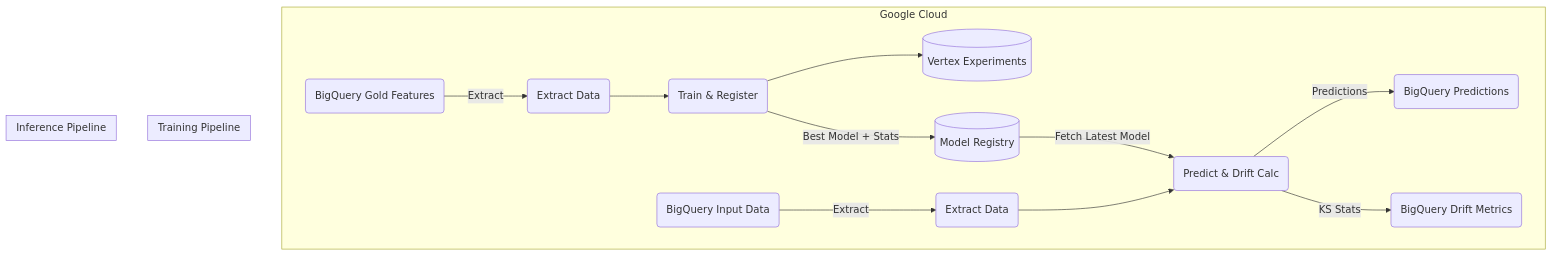
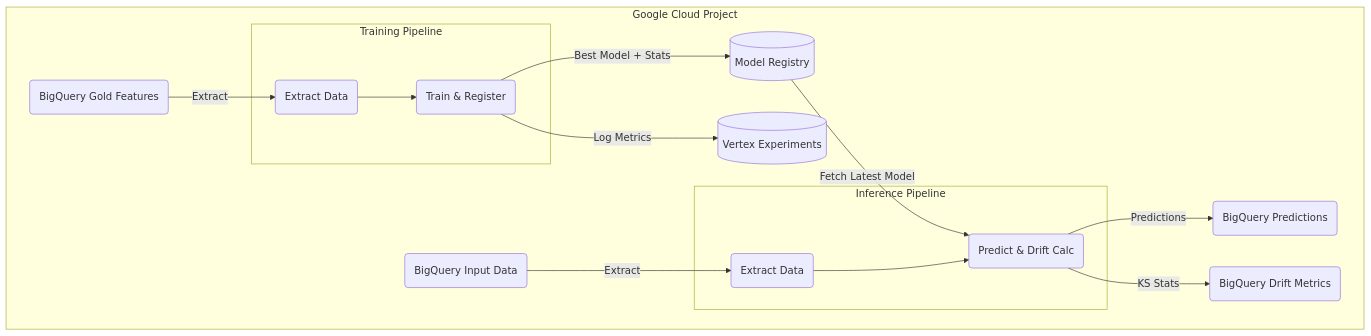
One commit to FrogyKing/anchoveta-mlops changed the diagram in README.md. Above: the diagram before and after it, drawn with Mermaid. The commit also changed other lines of this file, not shown here.

Commit message:
docs: update architecture diagram connections and add cloud build instructions

````diff
--- a/README.md
+++ b/README.md
@@ -9,25 +9,32 @@
 ```mermaid
 graph TD
-    subgraph Google Cloud
-        BQT(BigQuery Gold Features) -->|Extract| T1(Extract Data)
-        T1 --> T2(Train & Register)
-        T2 --> VE[(Vertex Experiments)]
-        T2 -->|Best Model + Stats| MR[(Model Registry)]
+    subgraph Google Cloud Project
+        BQT(BigQuery Gold Features)
+        VE[(Vertex Experiments)]
+        MR[(Model Registry)]
+        BQI(BigQuery Input Data)
+        BQP(BigQuery Predictions)
+        BQD(BigQuery Drift Metrics)
         
-        MR -->|Fetch Latest Model| I1(Predict & Drift Calc)
-        BQI(BigQuery Input Data) -->|Extract| I0(Extract Data)
+        subgraph Training Pipeline
+            T1(Extract Data)
+            T2(Train & Register)
+        end
+        
+        subgraph Inference Pipeline
+            I0(Extract Data)
+            I1(Predict & Drift Calc)
+        end
+        
+        BQT -->|Extract| T1
+        T1 --> T2
+        T2 -->|Log Metrics| VE
+        T2 -->|Best Model + Stats| MR
+        
+        MR -->|Fetch Latest Model| I1
+        BQI -->|Extract| I0
         I0 --> I1
-        I1 -->|Predictions| BQP(BigQuery Predictions)
-        I1 -->|KS Stats| BQD(BigQuery Drift Metrics)
-    end
-    
-    subgraph Training Pipeline
-        T1
-        T2
-    end
-    
-    subgraph Inference Pipeline
-        I0
-        I1
+        I1 -->|Predictions| BQP
+        I1 -->|KS Stats| BQD
     end
 ```
````
